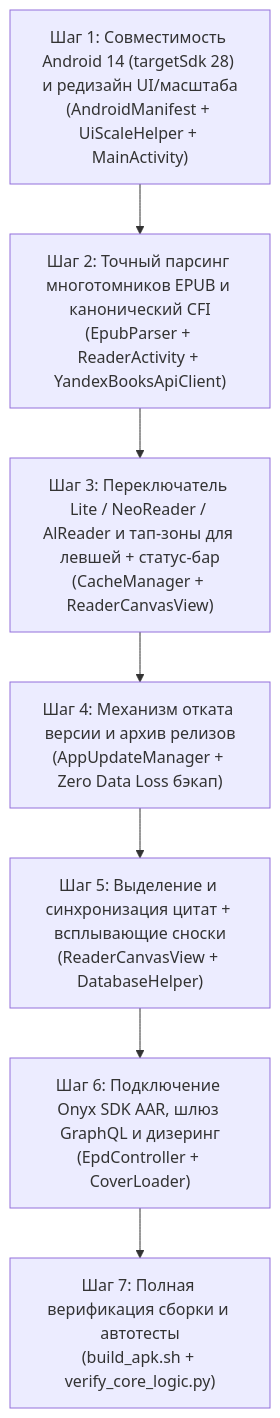
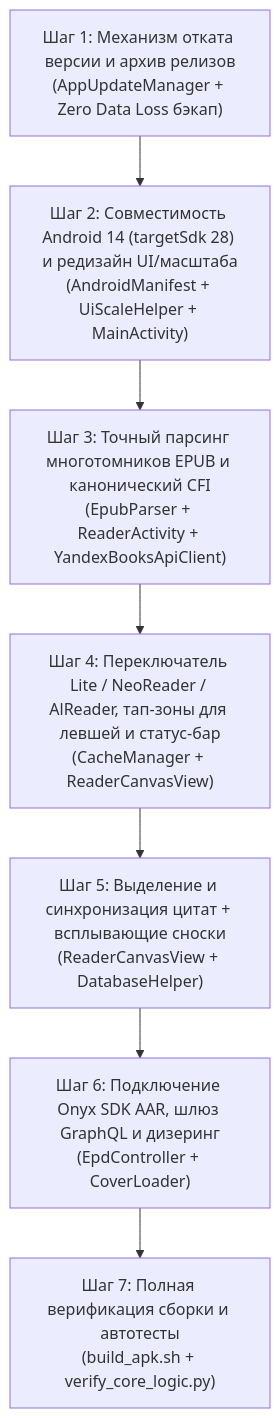
Before and after one commit to litvaerickson-spec/onyx-yandex-books: the diagram in UPGRADE_AND_IMPLEMENTATION_SPEC.md, drawn with Mermaid. The commit also changed other lines of this file, not shown here.

Commit message:
docs(spec): set version rollback as step 1 in unified master upgrade plan

````diff
--- a/UPGRADE_AND_IMPLEMENTATION_SPEC.md
+++ b/UPGRADE_AND_IMPLEMENTATION_SPEC.md
@@ -571,9 +571,9 @@
 ```mermaid
 flowchart TD
-    Step1["Шаг 1: Совместимость Android 14 (targetSdk 28) и редизайн UI/масштаба<br/>(AndroidManifest + UiScaleHelper + MainActivity)"] --> Step2["Шаг 2: Точный парсинг многотомников EPUB и канонический CFI<br/>(EpubParser + ReaderActivity + YandexBooksApiClient)"]
-    Step2 --> Step3["Шаг 3: Переключатель Lite / NeoReader / AlReader и тап-зоны для левшей + статус-бар<br/>(CacheManager + ReaderCanvasView)"]
-    Step3 --> Step4["Шаг 4: Механизм отката версии и архив релизов<br/>(AppUpdateManager + Zero Data Loss бэкап)"]
+    Step1["Шаг 1: Механизм отката версии и архив релизов<br/>(AppUpdateManager + Zero Data Loss бэкап)"] --> Step2["Шаг 2: Совместимость Android 14 (targetSdk 28) и редизайн UI/масштаба<br/>(AndroidManifest + UiScaleHelper + MainActivity)"]
+    Step2 --> Step3["Шаг 3: Точный парсинг многотомников EPUB и канонический CFI<br/>(EpubParser + ReaderActivity + YandexBooksApiClient)"]
+    Step3 --> Step4["Шаг 4: Переключатель Lite / NeoReader / AlReader, тап-зоны для левшей и статус-бар<br/>(CacheManager + ReaderCanvasView)"]
     Step4 --> Step5["Шаг 5: Выделение и синхронизация цитат + всплывающие сноски<br/>(ReaderCanvasView + DatabaseHelper)"]
     Step5 --> Step6["Шаг 6: Подключение Onyx SDK AAR, шлюз GraphQL и дизеринг<br/>(EpdController + CoverLoader)"]
     Step6 --> Step7["Шаг 7: Полная верификация сборки и автотесты<br/>(build_apk.sh + verify_core_logic.py)"]
 ```
````
